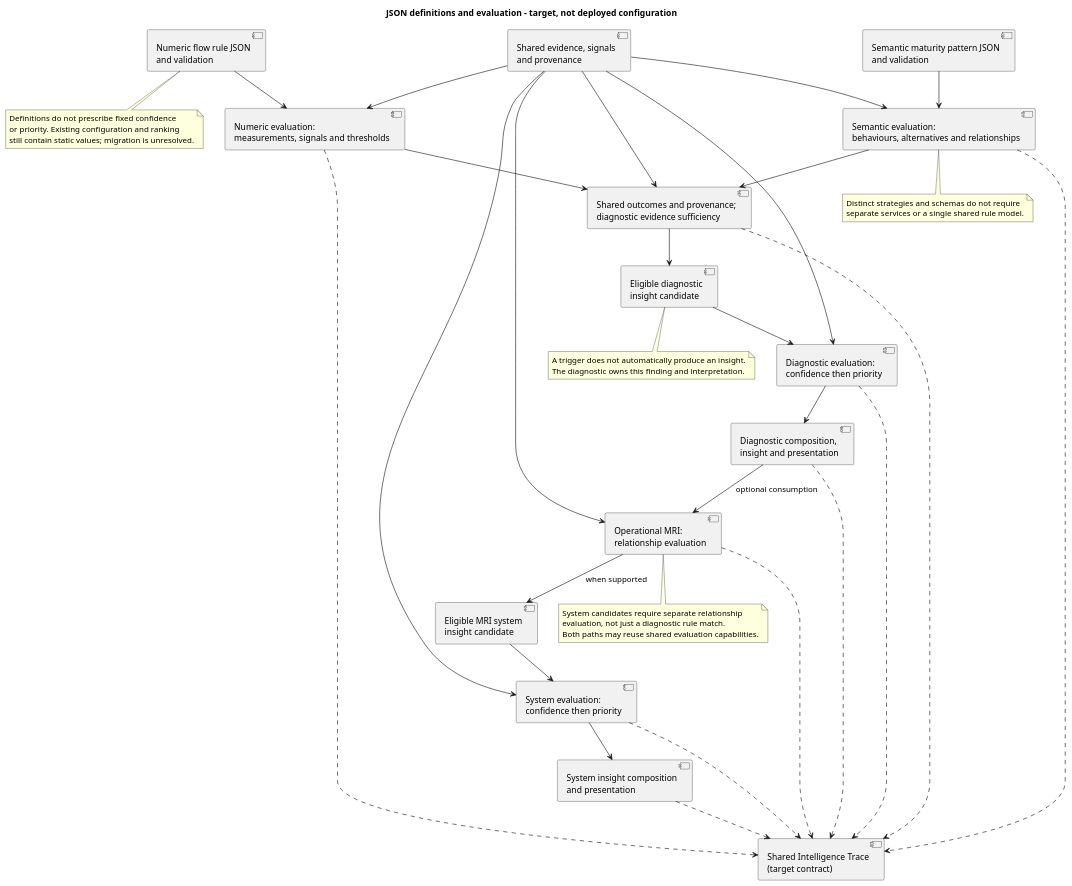
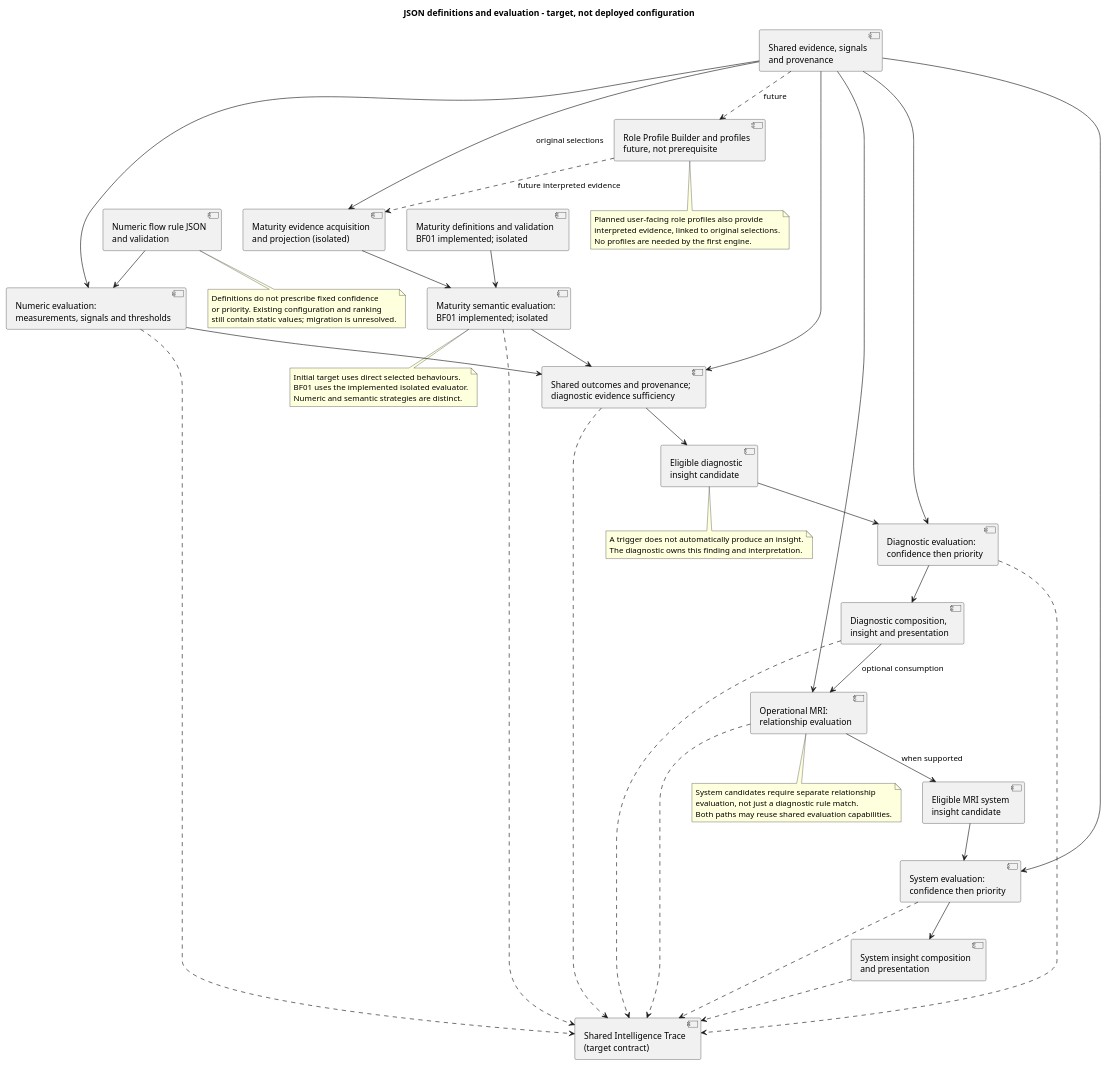
One commit to Dowlingfuau/Empowered-Delivery changed the diagram in OperationalIntelligenceHub/docs/architecture/json_rule_engine_architecture.puml. Above: the diagram before and after it, drawn with PlantUML. The commit also changed 26 other files, not shown here.

```diff
--- a/OperationalIntelligenceHub/docs/architecture/json_rule_engine_architecture.puml
+++ b/OperationalIntelligenceHub/docs/architecture/json_rule_engine_architecture.puml
@@ -1,60 +1,71 @@
 @startuml
 title JSON definitions and evaluation - target, not deployed configuration
 component "Numeric flow rule JSON\nand validation" as numericRules
-component "Semantic maturity pattern JSON\nand validation" as semanticRules
+component "Maturity definitions and validation\nBF01 implemented; isolated" as semanticRules
 component "Shared evidence, signals\nand provenance" as evidence
 component "Numeric evaluation:\nmeasurements, signals and thresholds" as numeric
-component "Semantic evaluation:\nbehaviours, alternatives and relationships" as semantic
+component "Maturity evidence acquisition\nand projection (isolated)" as projection
+component "Maturity semantic evaluation:\nBF01 implemented; isolated" as semantic
+component "Role Profile Builder and profiles\nfuture, not prerequisite" as profiles
 component "Shared outcomes and provenance;\ndiagnostic evidence sufficiency" as outcomes
 component "Eligible diagnostic\ninsight candidate" as diagnosticCandidate
 component "Diagnostic evaluation:\nconfidence then priority" as diagnosticEvaluation
 component "Diagnostic composition,\ninsight and presentation" as diagnosticInsight
 component "Operational MRI:\nrelationship evaluation" as mri
 component "Eligible MRI system\ninsight candidate" as mriCandidate
 component "System evaluation:\nconfidence then priority" as systemEvaluation
 component "System insight composition\nand presentation" as systemInsight
 component "Shared Intelligence Trace\n(target contract)" as trace
 numericRules --> numeric
 semanticRules --> semantic
 evidence --> numeric
-evidence --> semantic
+evidence --> projection : original selections
+evidence ..> profiles : future
+profiles ..> projection : future interpreted evidence
+projection --> semantic
 numeric --> outcomes
 semantic --> outcomes
 evidence --> outcomes
 outcomes --> diagnosticCandidate
 diagnosticCandidate --> diagnosticEvaluation
 evidence --> diagnosticEvaluation
 diagnosticEvaluation --> diagnosticInsight
 diagnosticInsight --> mri : optional consumption
 evidence --> mri
 mri --> mriCandidate : when supported
 mriCandidate --> systemEvaluation
 evidence --> systemEvaluation
 systemEvaluation --> systemInsight
 numeric ..> trace
 semantic ..> trace
 outcomes ..> trace
 diagnosticEvaluation ..> trace
 diagnosticInsight ..> trace
 mri ..> trace
 systemEvaluation ..> trace
 systemInsight ..> trace
 note bottom of numericRules
   Definitions do not prescribe fixed confidence
   or priority. Existing configuration and ranking
   still contain static values; migration is unresolved.
 end note
 note bottom of semantic
-  Distinct strategies and schemas do not require
-  separate services or a single shared rule model.
+  Initial target uses direct selected behaviours.
+  BF01 uses the implemented isolated evaluator.
+  Numeric and semantic strategies are distinct.
+end note
+note bottom of profiles
+  Planned user-facing role profiles also provide
+  interpreted evidence, linked to original selections.
+  No profiles are needed by the first engine.
 end note
 note bottom of diagnosticCandidate
   A trigger does not automatically produce an insight.
   The diagnostic owns this finding and interpretation.
 end note
 note bottom of mri
   System candidates require separate relationship
   evaluation, not just a diagnostic rule match.
   Both paths may reuse shared evaluation capabilities.
 end note
 @enduml
```
